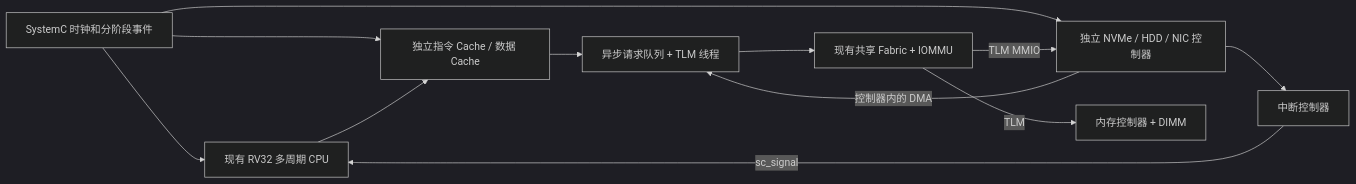
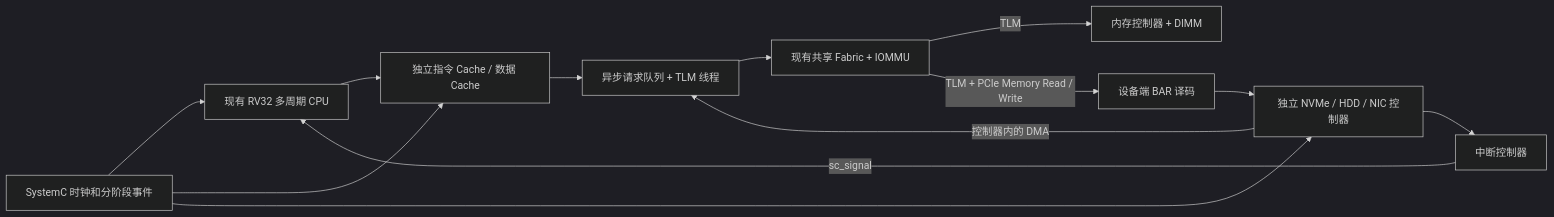
One commit to JerryBlackoo/computer-organization-lab changed the diagram in docs/SYSTEMC_PLATFORM.md. Above: the diagram before and after it, drawn with Mermaid (dark theme). The commit also changed other lines of this file and 24 other files, not shown here.

First line of the commit message:
Route device MMIO through PCIe BAR endpoints

````diff
--- a/docs/SYSTEMC_PLATFORM.md
+++ b/docs/SYSTEMC_PLATFORM.md
@@ -56,14 +56,15 @@
 ```mermaid
 flowchart LR
   CLK[SystemC 时钟和分阶段事件] --> CPU[现有 RV32 多周期 CPU]
   CLK --> CACHE[独立指令 Cache / 数据 Cache]
   CLK --> DEV[独立 NVMe / HDD / NIC 控制器]
   CPU --> CACHE
   CACHE --> PORT[异步请求队列 + TLM 线程]
   DEV -->|控制器内的 DMA| PORT
   PORT --> BUS[现有共享 Fabric + IOMMU]
   BUS -->|TLM| MEM[内存控制器 + DIMM]
-  BUS -->|TLM MMIO| DEV
+  BUS -->|TLM + PCIe Memory Read / Write| BAR[设备端 BAR 译码]
+  BAR --> DEV
   DEV --> IRQ[中断控制器]
   IRQ -->|sc_signal| CPU
 ```
````
